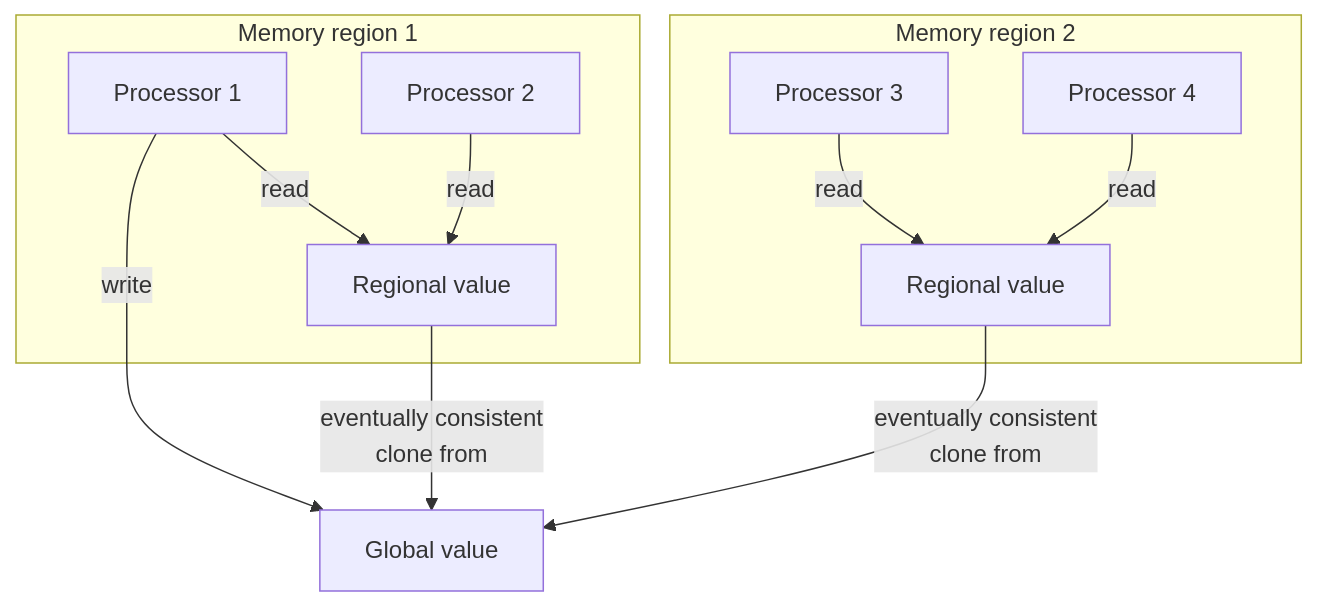
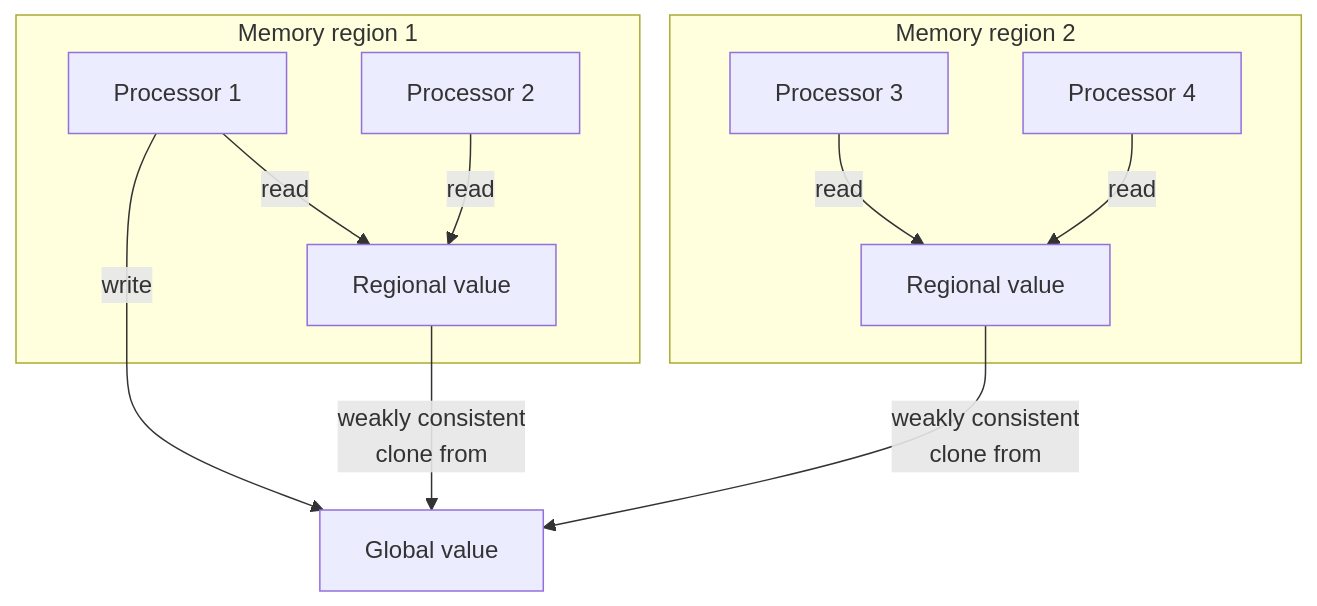
The diagram in crates/region_cached/doc/region_cached.mermaid (folo-rs/folo), drawn with Mermaid before and after one commit. The commit also changed 2 other files, not shown here.

Commit message:
Update docs for region_cached

```diff
--- a/crates/region_cached/doc/region_cached.mermaid
+++ b/crates/region_cached/doc/region_cached.mermaid
@@ -1,21 +1,21 @@
 graph TD
     subgraph Region1[Memory region 1]
         Processor1[Processor 1]
         Processor2[Processor 2]
 
         Processor1 -->|read| Region1Value[Regional value]
         Processor2 -->|read| Region1Value
     end
 
     subgraph Region2[Memory region 2]
         Processor3[Processor 3]
         Processor4[Processor 4]
 
         Processor3 -->|read| Region2Value[Regional value]
         Processor4 -->|read| Region2Value
     end
 
-    Region1Value -->|eventually consistent<br/>clone from| GlobalValue[Global value]
-    Region2Value -->|eventually consistent<br/>clone from| GlobalValue
+    Region1Value -->|weakly consistent<br/>clone from| GlobalValue[Global value]
+    Region2Value -->|weakly consistent<br/>clone from| GlobalValue
 
     Processor1 -->|write| GlobalValue
```
